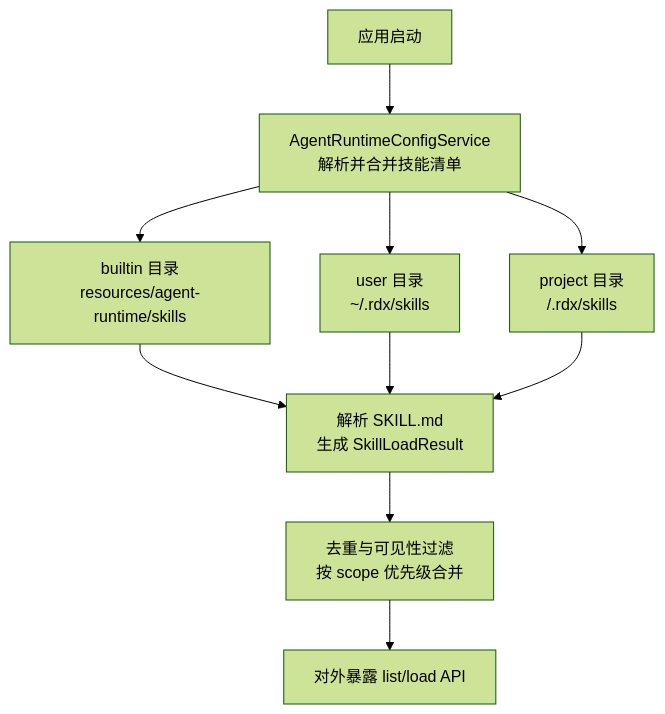
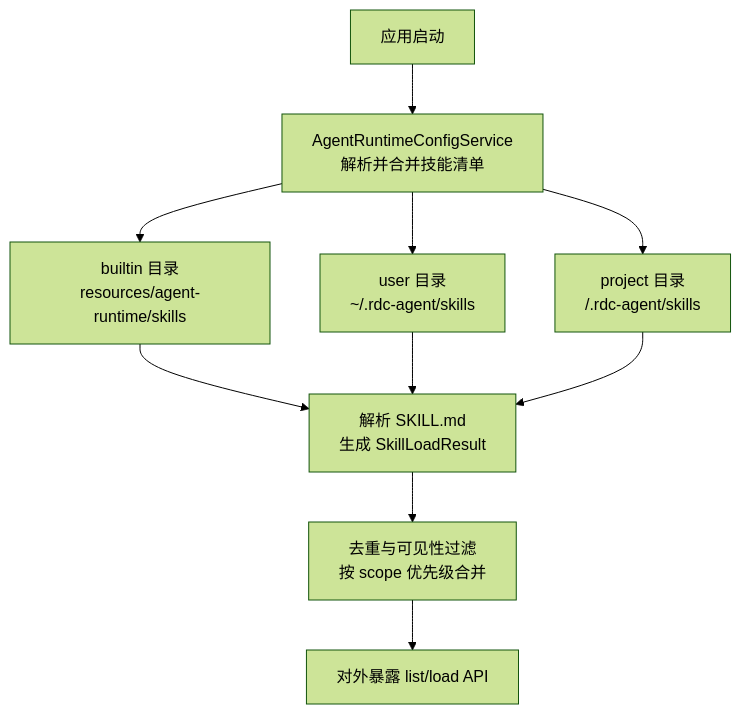
One commit to haolange/RDC-Agent changed the first of 6 diagrams in .qoder/repowiki/zh/content/扩展开发/自定义 Skill 开发.md. Above: the diagram before and after it, drawn with Mermaid (forest theme). The commit also changed other lines of this file and 557 other files, not shown here.

First line of the commit message:
Unify RDC-Agent identity and canonical RDC-Tool integration

````diff
--- a/.qoder/repowiki/zh/content/扩展开发/自定义 Skill 开发.md
+++ b/.qoder/repowiki/zh/content/扩展开发/自定义 Skill 开发.md
@@ -39,12 +39,12 @@
 ```mermaid
 graph TB
 A["应用启动"] --> B["AgentRuntimeConfigService<br/>解析并合并技能清单"]
 B --> C["builtin 目录<br/>resources/agent-runtime/skills"]
-B --> D["user 目录<br/>~/.rdx/skills"]
-B --> E["project 目录<br/><project-root>/.rdx/skills"]
+B --> D["user 目录<br/>~/.rdc-agent/skills"]
+B --> E["project 目录<br/><project-root>/.rdc-agent/skills"]
 C --> F["解析 SKILL.md<br/>生成 SkillLoadResult"]
 D --> F
 E --> F
 F --> G["去重与可见性过滤<br/>按 scope 优先级合并"]
 G --> H["对外暴露 list/load API"]
 ```
````
